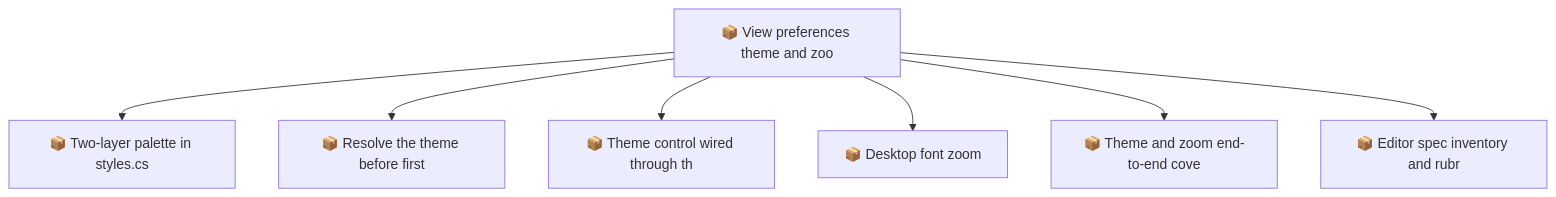
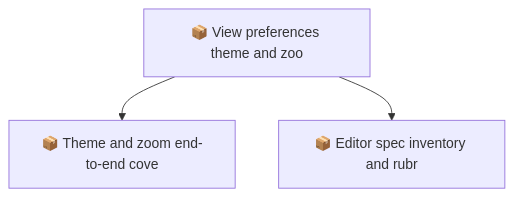
Before and after one commit to SpillwaveSolutions/okf-forge: the second of 2 diagrams in docs/roadmap.md, drawn with Mermaid. The commit also changed other lines of this file and 15 other files, not shown here.

First line of the commit message:
feat(ui): light/dark/system theme and desktop font zoom (01KZ2M32NY8ZWMW8GWRZ7G3WQD)

````diff
--- a/docs/roadmap.md
+++ b/docs/roadmap.md
@@ -65,16 +53,8 @@
 ```mermaid
 graph TD
     01KZ2KCJKX6S20SBVHBEQDZA0K["📦 View preferences theme and zoo"]
-    01KZ2M32NY8ZWMW8GWRZ7G3WQD["📦 Two-layer palette in styles.cs"]
-    01KZ2M32TVGPVF4PYTJ1BJENH7["📦 Resolve the theme before first"]
-    01KZ2M32ZY8G5RVEB2F0EK9G1E["📦 Theme control wired through th"]
-    01KZ2M334TJ1XNRKG7Y2ENHA5W["📦 Desktop font zoom"]
     01KZ2M339YT6TMAQHJSTEGPADA["📦 Theme and zoom end-to-end cove"]
     01KZ2M33EZ4KPYJ8G9SEQ4NFBG["📦 Editor spec inventory and rubr"]
-    01KZ2KCJKX6S20SBVHBEQDZA0K --> 01KZ2M32NY8ZWMW8GWRZ7G3WQD
-    01KZ2KCJKX6S20SBVHBEQDZA0K --> 01KZ2M32TVGPVF4PYTJ1BJENH7
-    01KZ2KCJKX6S20SBVHBEQDZA0K --> 01KZ2M32ZY8G5RVEB2F0EK9G1E
-    01KZ2KCJKX6S20SBVHBEQDZA0K --> 01KZ2M334TJ1XNRKG7Y2ENHA5W
     01KZ2KCJKX6S20SBVHBEQDZA0K --> 01KZ2M339YT6TMAQHJSTEGPADA
     01KZ2KCJKX6S20SBVHBEQDZA0K --> 01KZ2M33EZ4KPYJ8G9SEQ4NFBG
 ```
````
